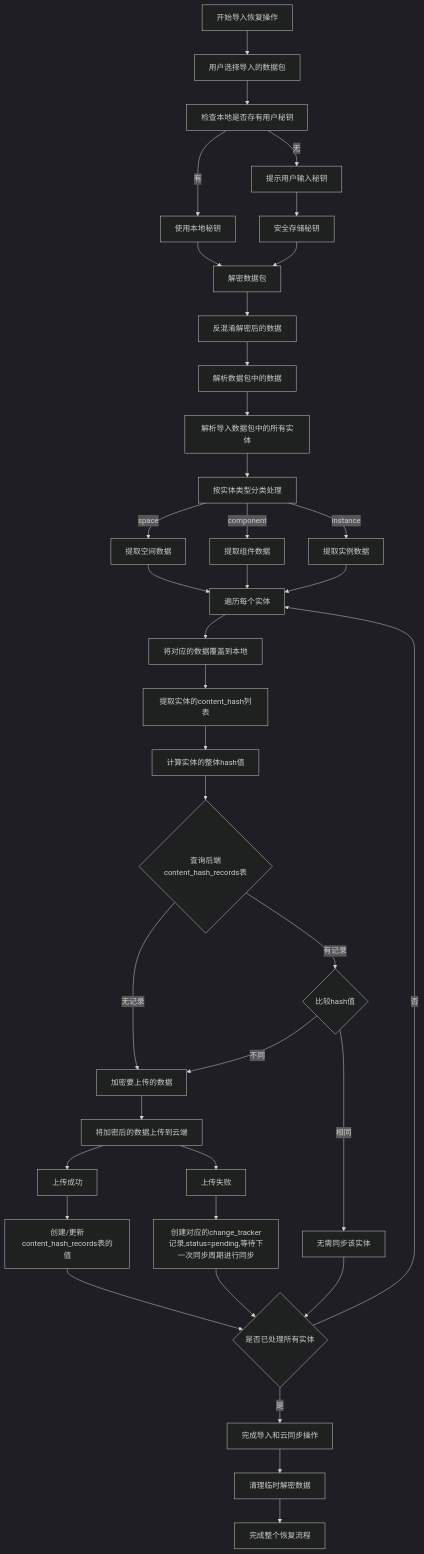
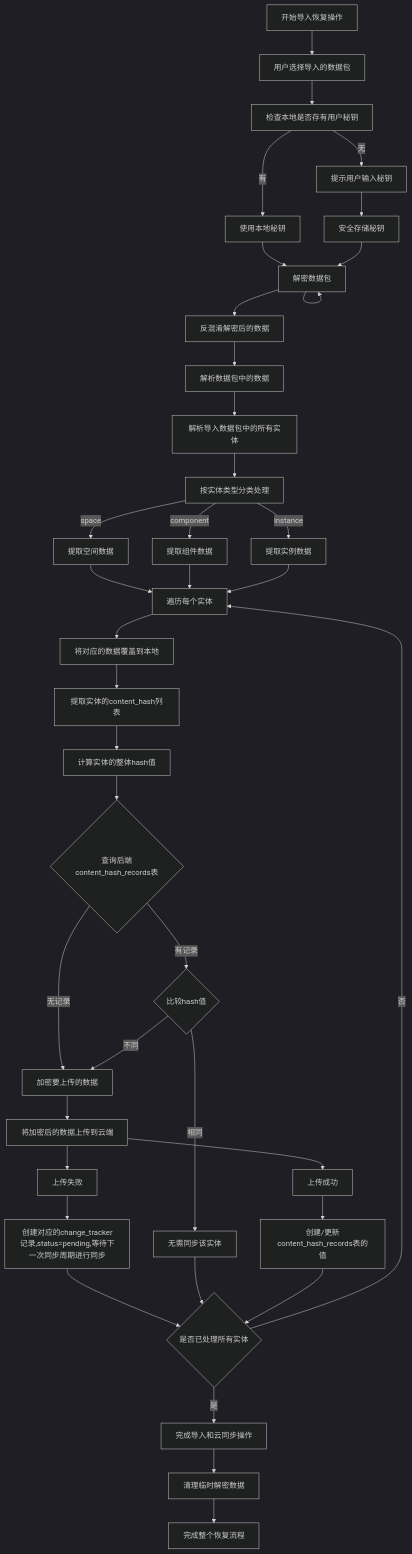
Before and after one commit to yingjianzh/iodraw-files: the diagram in all/未命名-47.md, drawn with Mermaid (dark theme).

Commit message:
2025-04-29 14:35:02 update

````diff
--- a/all/未命名-47.md
+++ b/all/未命名-47.md
@@ -1,59 +1,60 @@
 ```mermaid
 
 flowchart TD
     A[开始导入恢复操作] --> B[用户选择导入的数据包]
     B --> B1[检查本地是否存有用户秘钥]
     
     B1 -->|有| B3[使用本地秘钥]
     B1 -->|无| B4[提示用户输入秘钥]
 
     B4 --> B8[安全存储秘钥]
     B3 --> B10[解密数据包]
     B8 --> B10
-    
+
+    B10 --> 
     
     B10 --> B11[反混淆解密后的数据]
     B11 --> C[解析数据包中的数据]
     
     C --> D[解析导入数据包中的所有实体]
     D --> G[按实体类型分类处理]
     
     G -->|space| H1[提取空间数据]
     G -->|component| H2[提取组件数据]
     G -->|instance| H3[提取实例数据]
     
     H1 --> I[遍历每个实体]
     H2 --> I
     H3 --> I
     
     I --> Save[将对应的数据覆盖到本地]
     Save --> J[提取实体的content_hash列表]
     J --> K[计算实体的整体hash值]
     
     K --> L{查询后端content_hash_records表}
     L -->|无记录| M1[加密要上传的数据]
     M1 --> M1a[将加密后的数据上传到云端]
     M1a --> N1[上传成功]
     M1a --> N2[上传失败]
     
     N2 --> N3[创建对应的change_tracker记录,status=pending,等待下一次同步周期进行同步]
     N3 --> S
     N1 --> M4[创建/更新content_hash_records表的值]
 
 
     L -->|有记录| M2{比较hash值}
     M2 -->|不同| M1
 
     M2 -->|相同| M3[无需同步该实体]
     
     
     M3 --> S{是否已处理所有实体}
     M4 --> S{是否已处理所有实体}
     
     S -->|否| I
     S -->|是| T[完成导入和云同步操作]
     
     T --> U[清理临时解密数据]
     U --> V[完成整个恢复流程]
 
 ```
````
